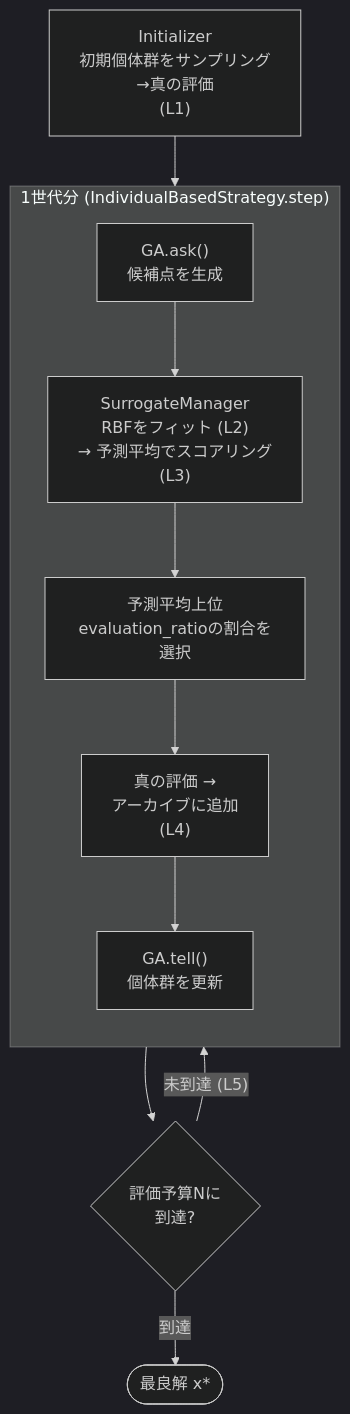
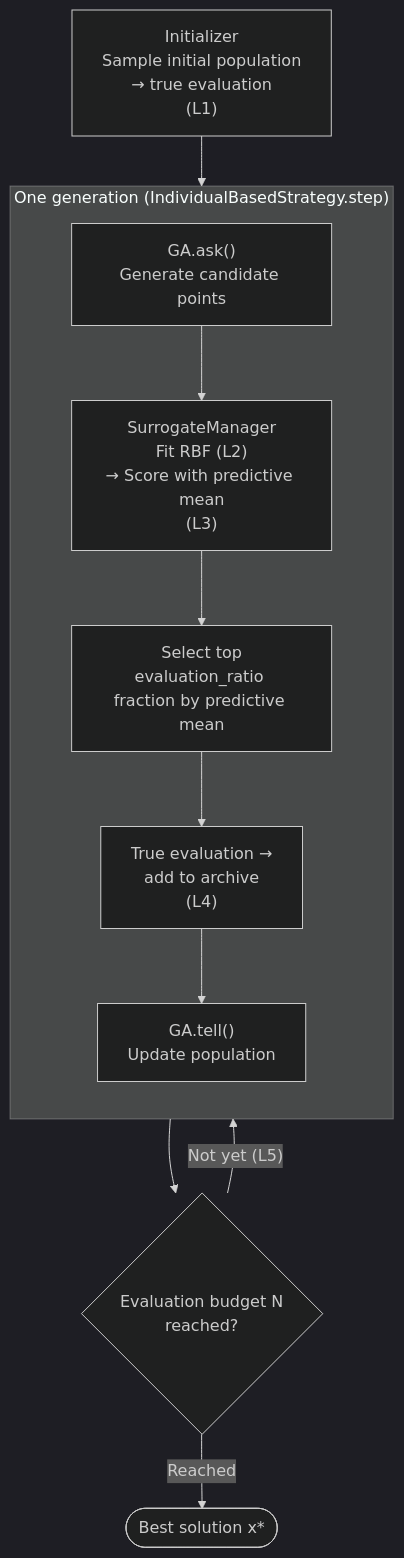
The diagram in docs/algorithms/rbf_cors.md (shlka/saealib), drawn with Mermaid (dark theme) before and after one commit. The commit also changed other lines of this file and 50 other files, not shown here.

````diff
--- a/docs/algorithms/rbf_cors.md
+++ b/docs/algorithms/rbf_cors.md
@@ -37,14 +37,14 @@
 ```{mermaid}
 flowchart TD
-    INIT["Initializer<br/>初期個体群をサンプリング<br/>→真の評価<br/>(L1)"] --> ASK
-    subgraph GEN["1世代分 (IndividualBasedStrategy.step)"]
+    INIT["Initializer<br/>Sample initial population<br/>→ true evaluation<br/>(L1)"] --> ASK
+    subgraph GEN["One generation (IndividualBasedStrategy.step)"]
         direction TB
-        ASK["GA.ask()<br/>候補点を生成"] --> SCORE["SurrogateManager<br/>RBFをフィット (L2)<br/>→ 予測平均でスコアリング<br/>(L3)"]
-        SCORE --> SORT["予測平均上位<br/>evaluation_ratioの割合を選択"]
-        SORT --> EVAL["真の評価 →<br/>アーカイブに追加<br/>(L4)"]
-        EVAL --> TELL["GA.tell()<br/>個体群を更新"]
+        ASK["GA.ask()<br/>Generate candidate points"] --> SCORE["SurrogateManager<br/>Fit RBF (L2)<br/>→ Score with predictive mean<br/>(L3)"]
+        SCORE --> SORT["Select top<br/>evaluation_ratio fraction by predictive mean"]
+        SORT --> EVAL["True evaluation →<br/>add to archive<br/>(L4)"]
+        EVAL --> TELL["GA.tell()<br/>Update population"]
     end
-    GEN --> TERM{"評価予算Nに<br/>到達?"}
-    TERM -- "未到達 (L5)" --> ASK
-    TERM -- "到達" --> RESULT(["最良解 x*"])
+    GEN --> TERM{"Evaluation budget N<br/>reached?"}
+    TERM -- "Not yet (L5)" --> ASK
+    TERM -- "Reached" --> RESULT(["Best solution x*"])
 ```
````
